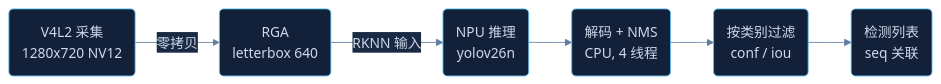
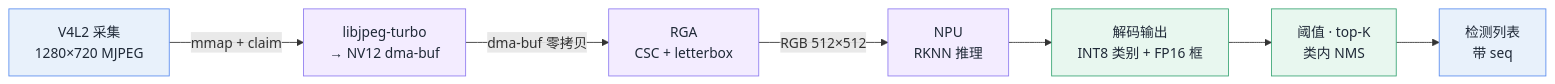
One commit to qianruo-orange/autonomous-driving-car changed the third of 5 diagrams in README.md. Above: the diagram before and after it, drawn with Mermaid. The commit also changed other lines of this file and 2 other files, not shown here.

````diff
--- a/README.md
+++ b/README.md
@@ -124,9 +131,16 @@
 ```mermaid
-%%{init: {'theme':'base','themeVariables':{'primaryColor':'#12203a','primaryTextColor':'#cdd9e8','primaryBorderColor':'#5ec2f0','lineColor':'#5e7ea0','secondaryColor':'#1a2a44','tertiaryColor':'#0f1a2e','fontFamily':'Segoe UI, Helvetica, Arial, sans-serif'}}}%%
 flowchart LR
-    A(V4L2 采集<br/>1280x720 NV12) -->|零拷贝| B(RGA<br/>letterbox 640)
-    B -->|RKNN 输入| C(NPU 推理<br/>yolov26n)
-    C --> D(解码 + NMS<br/>CPU, 4 线程)
-    D --> E(按类别过滤<br/>conf / iou)
-    E --> F(检测列表<br/>seq 关联)
+    A["V4L2 采集<br/>1280×720 MJPEG"] -->|"mmap + claim"| B["libjpeg-turbo<br/>→ NV12 dma-buf"]
+    B -->|"dma-buf 零拷贝"| C["RGA<br/>CSC + letterbox"]
+    C -->|"RGB 512×512"| D["NPU<br/>RKNN 推理"]
+    D --> E["解码输出<br/>INT8 类别 + FP16 框"]
+    E --> F["阈值 · top-K<br/>类内 NMS"]
+    F --> G["检测列表<br/>带 seq"]
+
+    classDef io fill:#e8f1fb,stroke:#5b8def,color:#1f2937
+    classDef hw fill:#f3ecff,stroke:#8f7cf0,color:#1f2937
+    classDef out fill:#e8f7ef,stroke:#3aa675,color:#1f2937
+    class A,G io
+    class B,C,D hw
+    class E,F out
 ```
````
